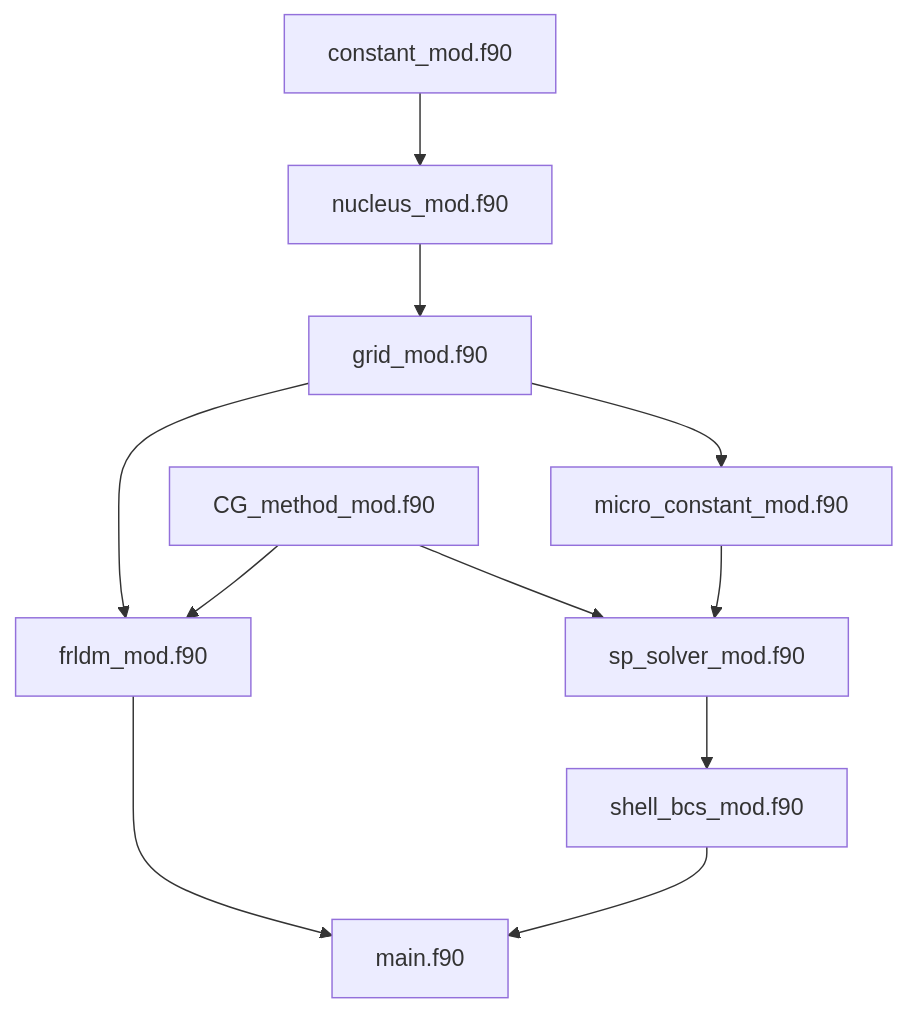
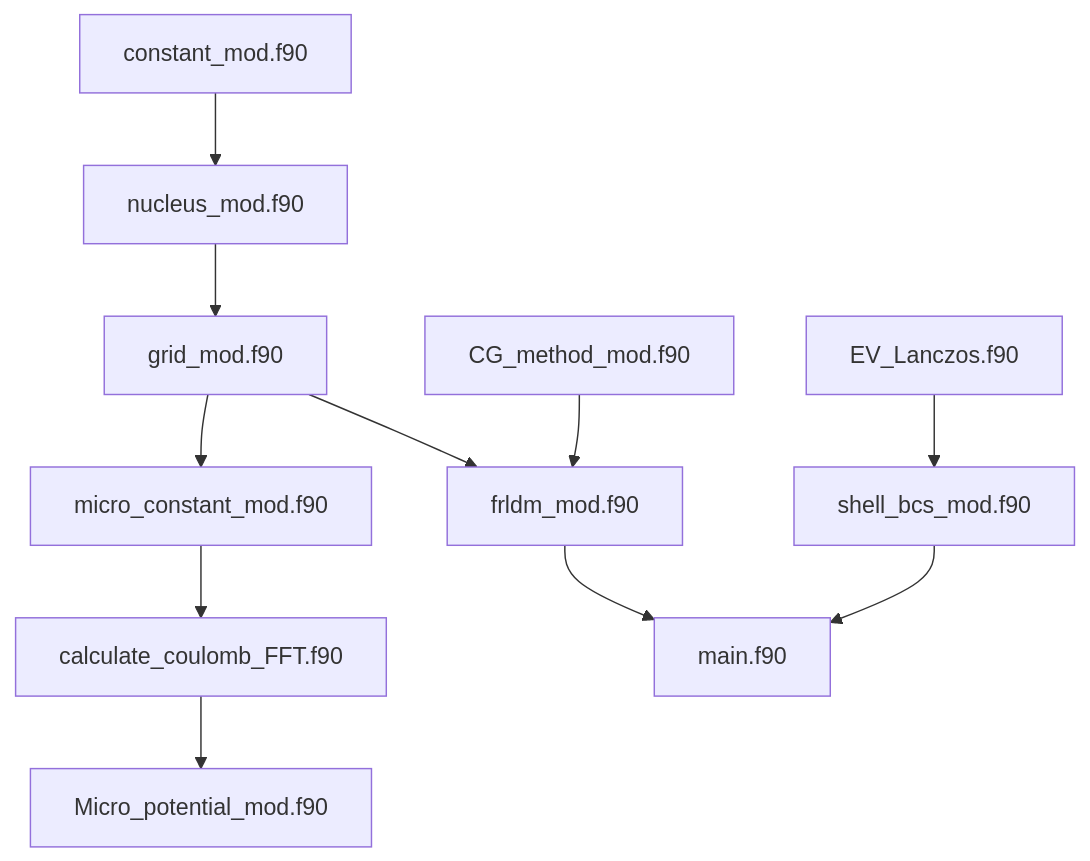
The diagram in README.md (tanamarugithuber/Microscopic-Macroscopic-), drawn with Mermaid before and after one commit.

Commit message:
Update module dependencies in README

````diff
--- a/README.md
+++ b/README.md
@@ -23,14 +23,14 @@
 ```mermaid
 graph TD;
     constant_mod.f90-->nucleus_mod.f90;
     nucleus_mod.f90-->grid_mod.f90;
     grid_mod.f90-->frldm_mod.f90;
     grid_mod.f90-->micro_constant_mod.f90;
-    micro_constant_mod.f90-->sp_solver_mod.f90
+    micro_constant_mod.f90-->calculate_coulomb_FFT.f90
     CG_method_mod.f90-->frldm_mod.f90;
-    CG_method_mod.f90-->sp_solver_mod.f90
-    sp_solver_mod.f90-->shell_bcs_mod.f90
+    calculate_coulomb_FFT.f90-->Micro_potential_mod.f90
+    EV_Lanczos.f90-->shell_bcs_mod.f90
     frldm_mod.f90-->main.f90
     shell_bcs_mod.f90-->main.f90
 
 ```
````
